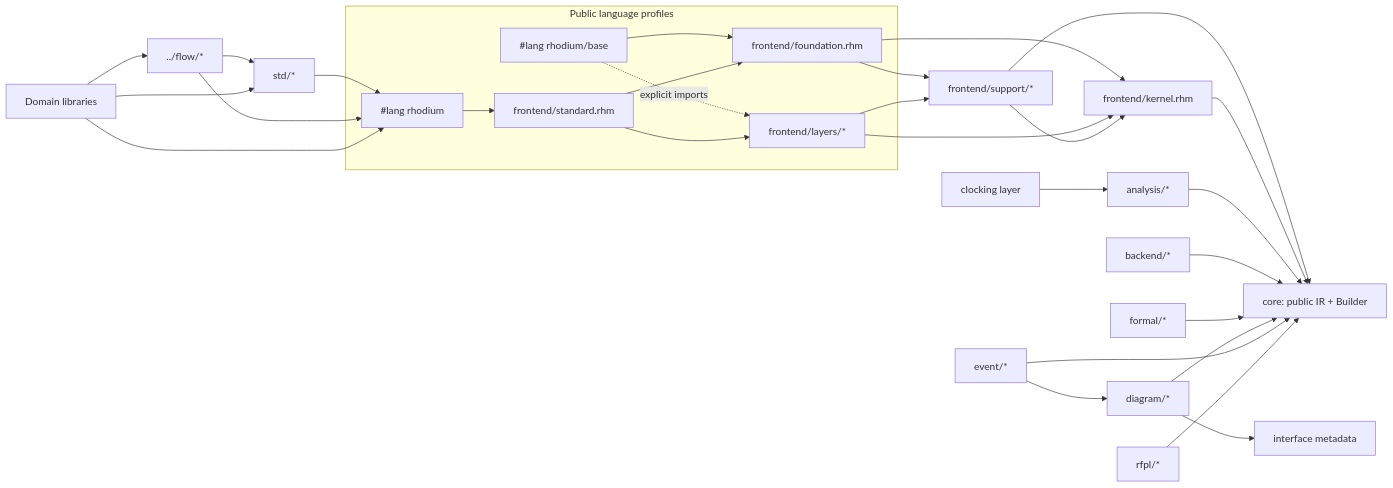
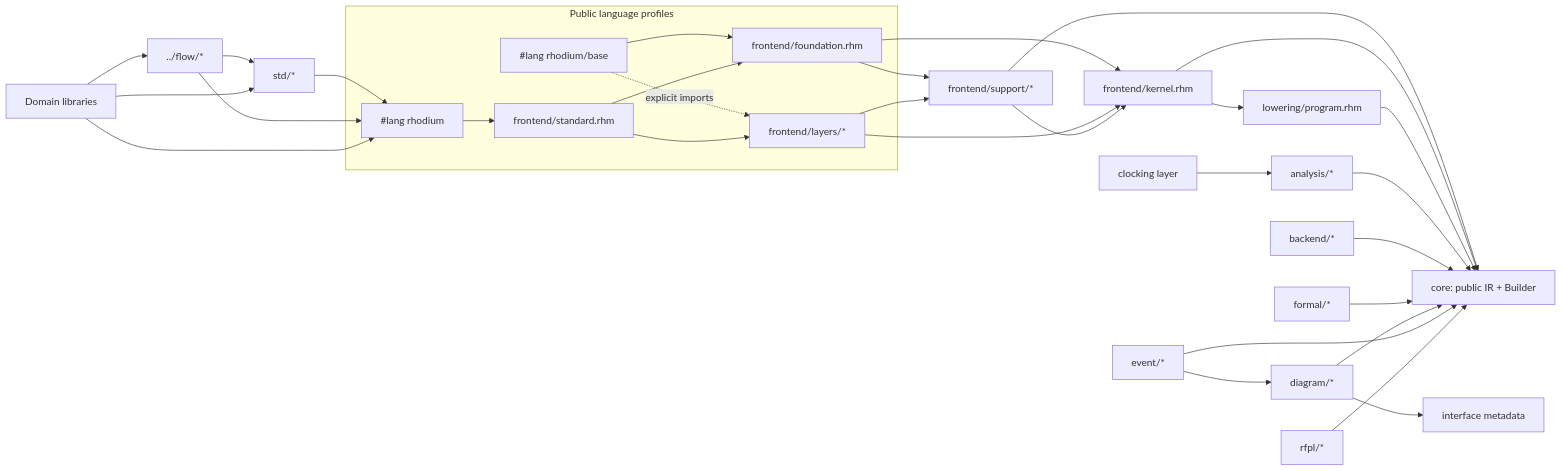
One commit to jerryz123/rhodium changed the diagram in rhodium/DEVELOPING.md. Above: the diagram before and after it, drawn with Mermaid. The commit also changed other lines of this file and 41 other files, not shown here.

````diff
--- a/rhodium/DEVELOPING.md
+++ b/rhodium/DEVELOPING.md
@@ -20,36 +20,38 @@
 ```mermaid
 flowchart LR
   subgraph Profiles[Public language profiles]
     Rhodium["#lang rhodium"] --> Standard["frontend/standard.rhm"]
     Base["#lang rhodium/base"] --> Foundation["frontend/foundation.rhm"]
     Base -.->|explicit imports| Layers["frontend/layers/*"]
     Standard --> Foundation
     Standard --> Layers
   end
 
   Foundation --> Support["frontend/support/*"]
   Foundation --> Kernel["frontend/kernel.rhm"]
   Layers --> Support
   Layers --> Kernel
   Support --> Kernel
   Support --> Core["core: public IR + Builder"]
   Kernel --> Core
+  Kernel --> Lowering["lowering/program.rhm"]
+  Lowering --> Core
 
   Clocking["clocking layer"] --> Analysis["analysis/*"]
   Analysis --> Core
 
   Backend["backend/*"] --> Core
   Formal["formal/*"] --> Core
   Diagram["diagram/*"] --> Core
   Diagram --> InterfaceMeta["interface metadata"]
   EventGraph["event/*"] --> Diagram
   EventGraph --> Core
 
   RFPL["rfpl/*"] --> Core
   Std["std/*"] --> Rhodium
   Flow["../flow/*"] --> Std
   Flow --> Rhodium
   Libraries["Domain libraries"] --> Flow
   Libraries --> Std
   Libraries --> Rhodium
 ```
````
